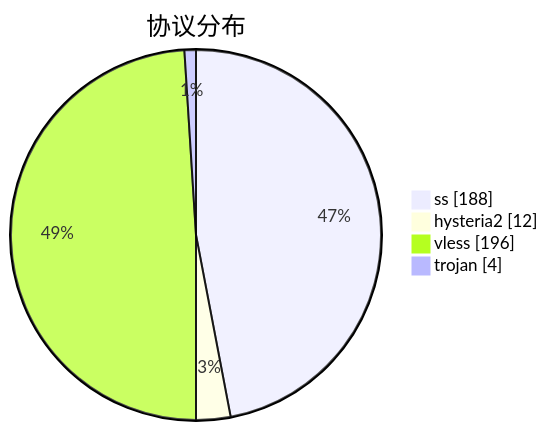
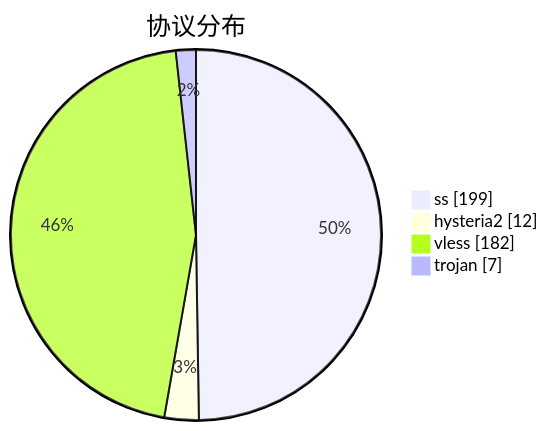
The third of 3 diagrams in subs/statistics/tested_within.md (qjlxg/airport), drawn with Mermaid before and after one commit. The commit also changed other lines of this file and 2 other files, not shown here.

````diff
--- a/subs/statistics/tested_within.md
+++ b/subs/statistics/tested_within.md
@@ -18,8 +17,8 @@
 ```mermaid
 pie showData
 title 协议分布
-"ss" : 188
+"ss" : 199
 "hysteria2" : 12
-"vless" : 196
-"trojan" : 4
+"vless" : 182
+"trojan" : 7
 ```
````
